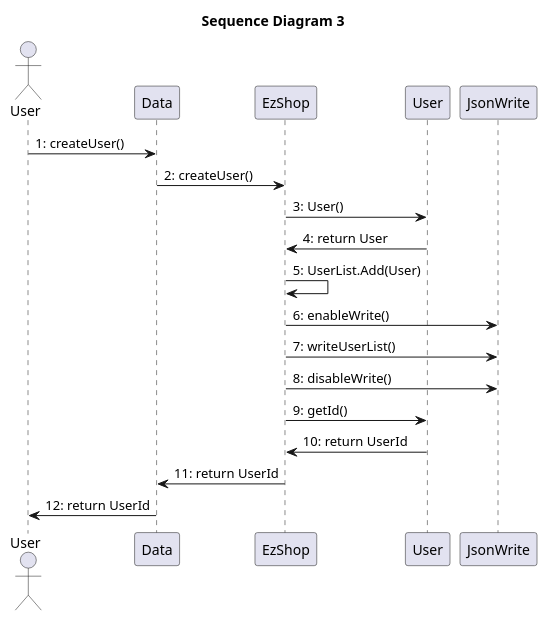
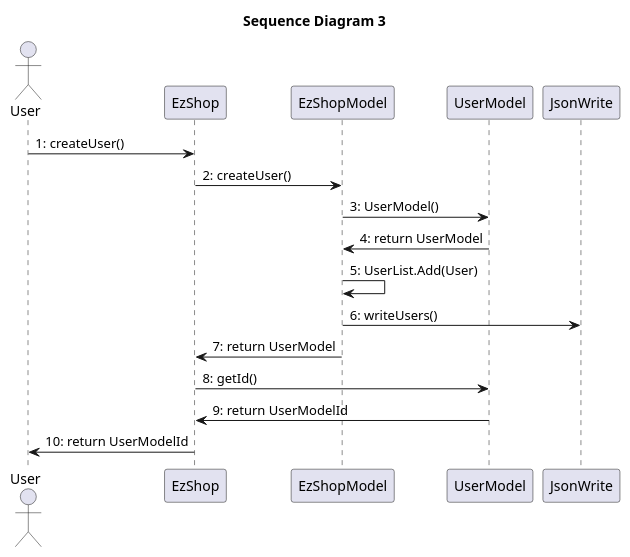
The fifth of 15 diagrams in Deliverables/DesignDocument.md (paolotron/EzshoProject31), drawn with PlantUML before and after one commit. The commit also changed other lines of this file, not shown here.

Commit message:
updating sc 1-1/2-1

````diff
--- a/Deliverables/DesignDocument.md
+++ b/Deliverables/DesignDocument.md
@@ -406,23 +404,21 @@
 ``` plantuml
 @startuml
 title "Sequence Diagram 3"
 actor User as U1
-participant Data
 participant EzShop
-participant User as U2
+participant EzShopModel
+participant UserModel as U2
 participant JsonWrite as JW
 
-U1->Data: 1: createUser()
-Data->EzShop: 2: createUser()
-EzShop->U2: 3: User()
-U2->EzShop: 4: return User
-EzShop->EzShop: 5: UserList.Add(User)
-EzShop -> JW: 6: enableWrite()
-EzShop -> JW: 7: writeUserList()
-EzShop -> JW: 8: disableWrite()
-EzShop->U2: 9: getId()
-U2->EzShop: 10: return UserId
-EzShop->Data: 11: return UserId
-Data->U1: 12: return UserId
+U1->EzShop: 1: createUser()
+EzShop->EzShopModel: 2: createUser()
+EzShopModel->U2: 3: UserModel()
+U2->EzShopModel: 4: return UserModel
+EzShopModel->EzShopModel: 5: UserList.Add(User)
+EzShopModel -> JW: 6: writeUsers()
+EzShopModel->EzShop: 7: return UserModel
+EzShop->U2: 8: getId()
+U2->EzShop: 9: return UserModelId
+EzShop->U1: 10: return UserModelId
 @enduml
 ```
````
